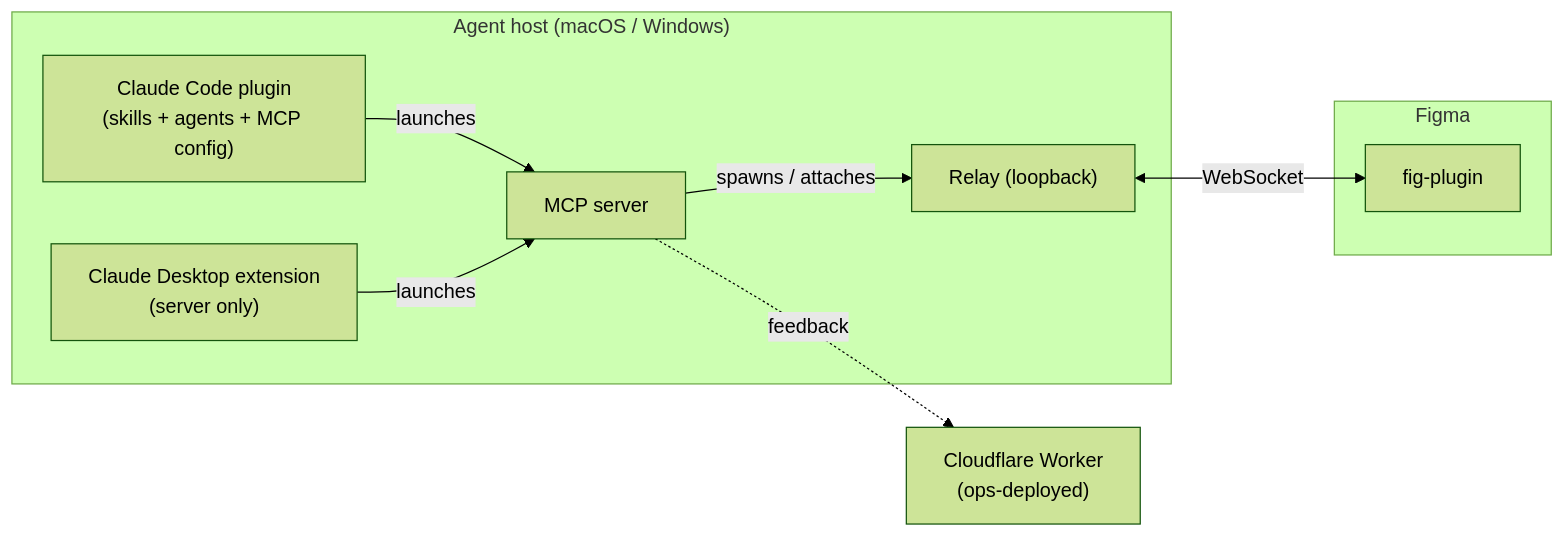
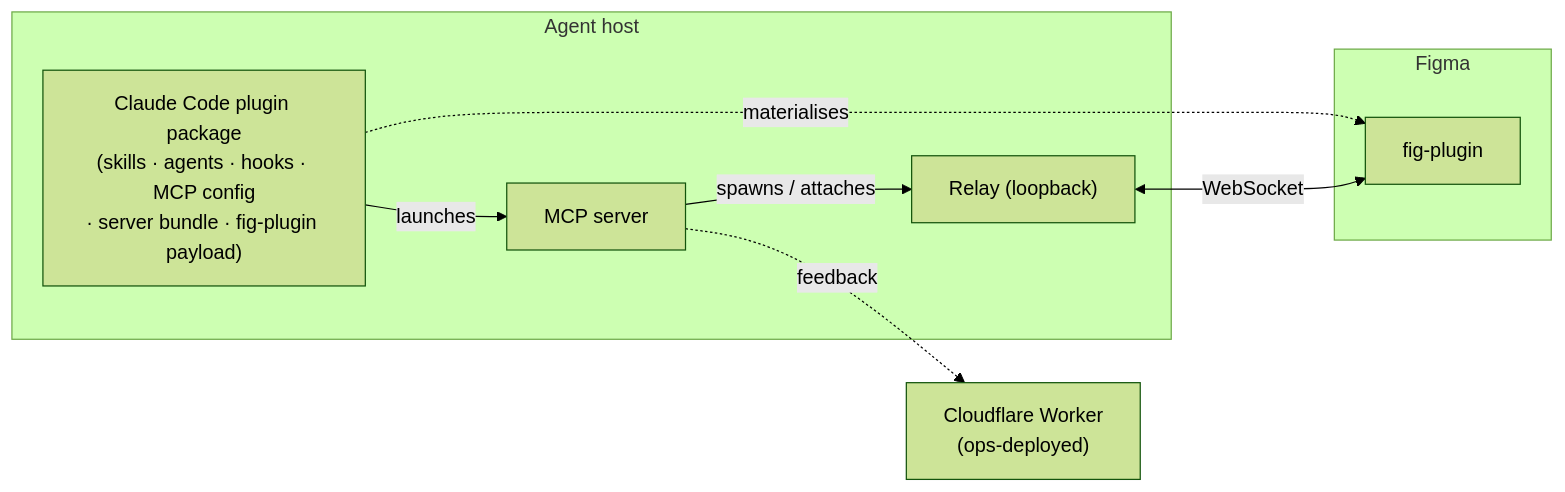
The diagram in docs/specs/dev-ops.md (yleilu/figma-agent-bridge), drawn with Mermaid (forest theme) before and after one commit. The commit also changed other lines of this file and 41 other files, not shown here.

````diff
--- a/docs/specs/dev-ops.md
+++ b/docs/specs/dev-ops.md
@@ -71,17 +75,16 @@
 ```mermaid
 flowchart LR
-  subgraph AgentHost["Agent host (macOS / Windows)"]
-    CC["Claude Code plugin<br/>(skills + agents + MCP config)"]
-    CD["Claude Desktop extension<br/>(server only)"]
+  subgraph AgentHost["Agent host"]
+    CC["Claude Code plugin package<br/>(skills · agents · hooks · MCP config<br/>· server bundle · fig-plugin payload)"]
     SRV["MCP server"]
     RLY["Relay (loopback)"]
     CC -- launches --> SRV
-    CD -- launches --> SRV
     SRV -- spawns / attaches --> RLY
   end
   subgraph FigmaApp["Figma"]
     FP["fig-plugin"]
   end
+  CC -. materialises .-> FP
   RLY <-- WebSocket --> FP
   SRV -. feedback .-> WK["Cloudflare Worker<br/>(ops-deployed)"]
 ```
````
